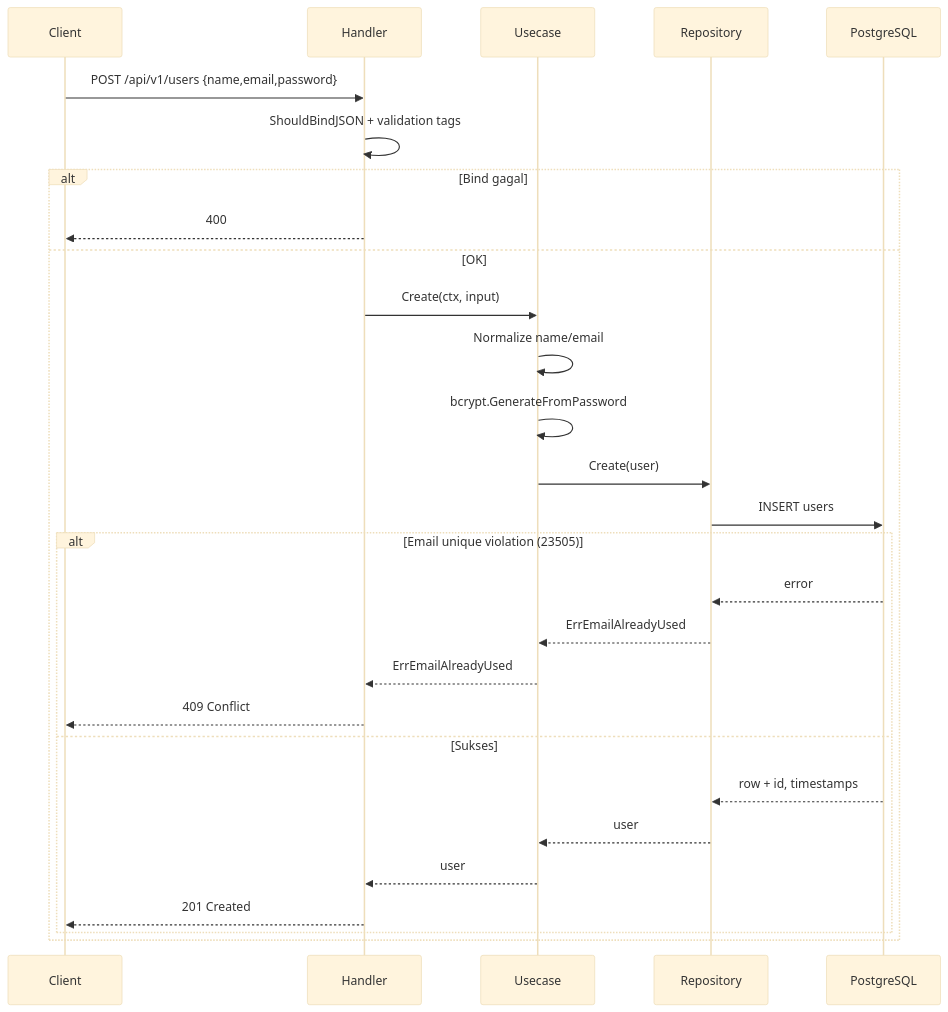
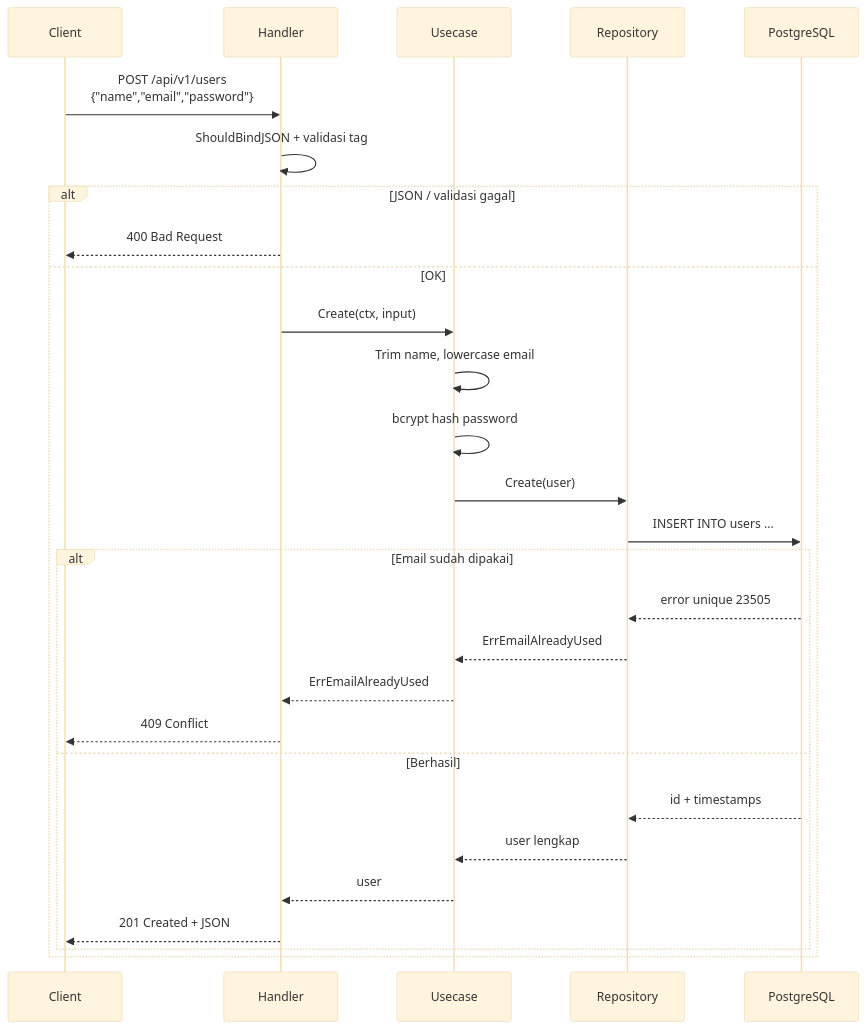
Before and after one commit to chairoel/BE-ToDoList: the third of 7 diagrams in docs/PROCESS.md, drawn with Mermaid (base theme). The commit also changed other lines of this file, not shown here.

Commit message:
[DOCS] rewrite process flow docs for beginners

````diff
--- a/docs/PROCESS.md
+++ b/docs/PROCESS.md
@@ -114,31 +268,31 @@
 ```mermaid
 sequenceDiagram
     participant C as Client
     participant H as Handler
     participant U as Usecase
     participant Repo as Repository
     participant DB as PostgreSQL
 
-    C->>H: POST /api/v1/users {name,email,password}
-    H->>H: ShouldBindJSON + validation tags
-    alt Bind gagal
-        H-->>C: 400
+    C->>H: POST /api/v1/users<br/>{"name","email","password"}
+    H->>H: ShouldBindJSON + validasi tag
+    alt JSON / validasi gagal
+        H-->>C: 400 Bad Request
     else OK
         H->>U: Create(ctx, input)
-        U->>U: Normalize name/email
-        U->>U: bcrypt.GenerateFromPassword
+        U->>U: Trim name, lowercase email
+        U->>U: bcrypt hash password
         U->>Repo: Create(user)
-        Repo->>DB: INSERT users
-        alt Email unique violation (23505)
-            DB-->>Repo: error
+        Repo->>DB: INSERT INTO users ...
+        alt Email sudah dipakai
+            DB-->>Repo: error unique 23505
             Repo-->>U: ErrEmailAlreadyUsed
             U-->>H: ErrEmailAlreadyUsed
             H-->>C: 409 Conflict
-        else Sukses
-            DB-->>Repo: row + id, timestamps
-            Repo-->>U: user
+        else Berhasil
+            DB-->>Repo: id + timestamps
+            Repo-->>U: user lengkap
             U-->>H: user
-            H-->>C: 201 Created
+            H-->>C: 201 Created + JSON
         end
     end
 ```
````
